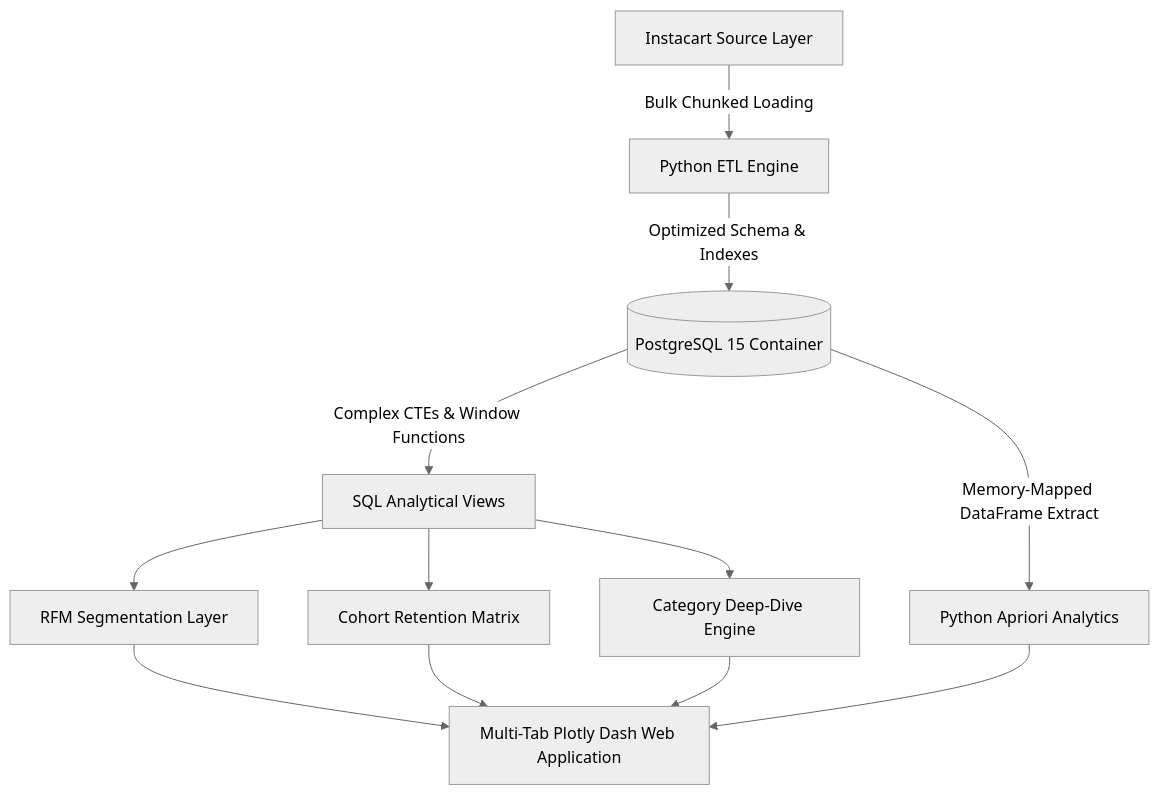
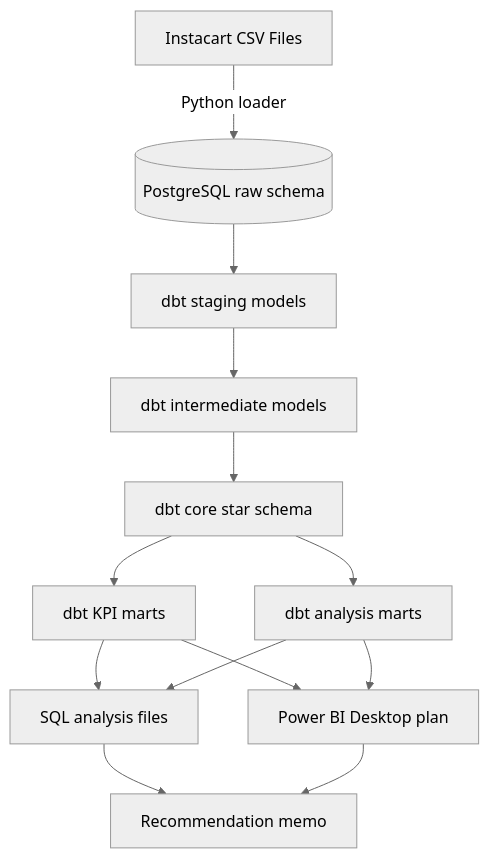
The diagram in README.md (Kartz82/instacart-intelligence-platform), drawn with Mermaid (neutral theme) before and after one commit. The commit also changed other lines of this file and 455 other files, not shown here.

Commit message:
Upgrade Instacart analytics engineering platform

````diff
--- a/README.md
+++ b/README.md
@@ -52,14 +57,15 @@
 ```mermaid
 flowchart TD
-    A[Instacart Source Layer] -->|Bulk Chunked Loading| B[Python ETL Engine]
-    B -->|Optimized Schema & Indexes| C[(PostgreSQL 15 Container)]
-    C -->|Complex CTEs & Window Functions| D[SQL Analytical Views]
-    D --> E[RFM Segmentation Layer]
-    D --> F[Cohort Retention Matrix]
-    D --> G[Category Deep-Dive Engine]
-    C -->|Memory-Mapped DataFrame Extract| H[Python Apriori Analytics]
-    E --> I[Multi-Tab Plotly Dash Web Application]
-    F --> I
+    A[Instacart CSV Files] -->|Python loader| B[(PostgreSQL raw schema)]
+    B --> C[dbt staging models]
+    C --> D[dbt intermediate models]
+    D --> E[dbt core star schema]
+    E --> F[dbt KPI marts]
+    E --> G[dbt analysis marts]
+    F --> H[SQL analysis files]
+    G --> H
+    F --> I[Power BI Desktop plan]
     G --> I
-    H --> I
+    H --> J[Recommendation memo]
+    I --> J
 ```
````
